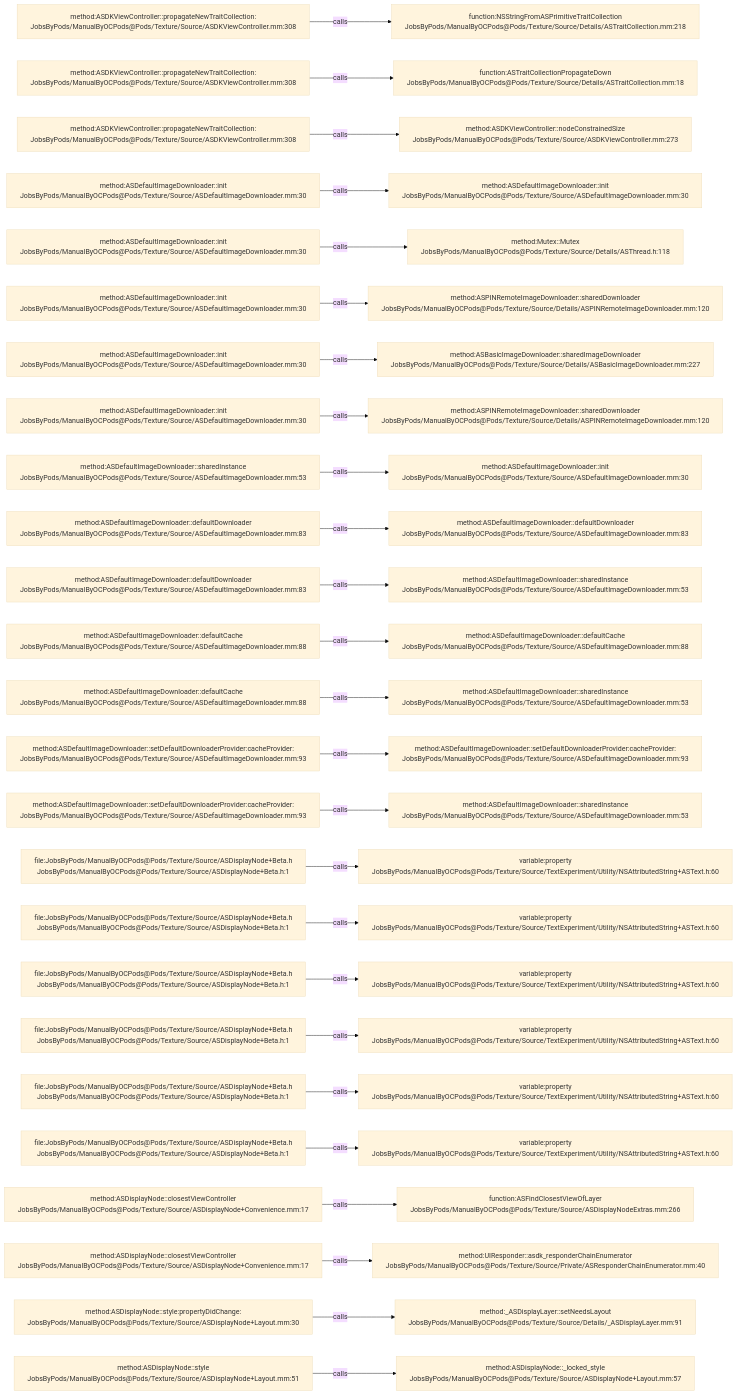
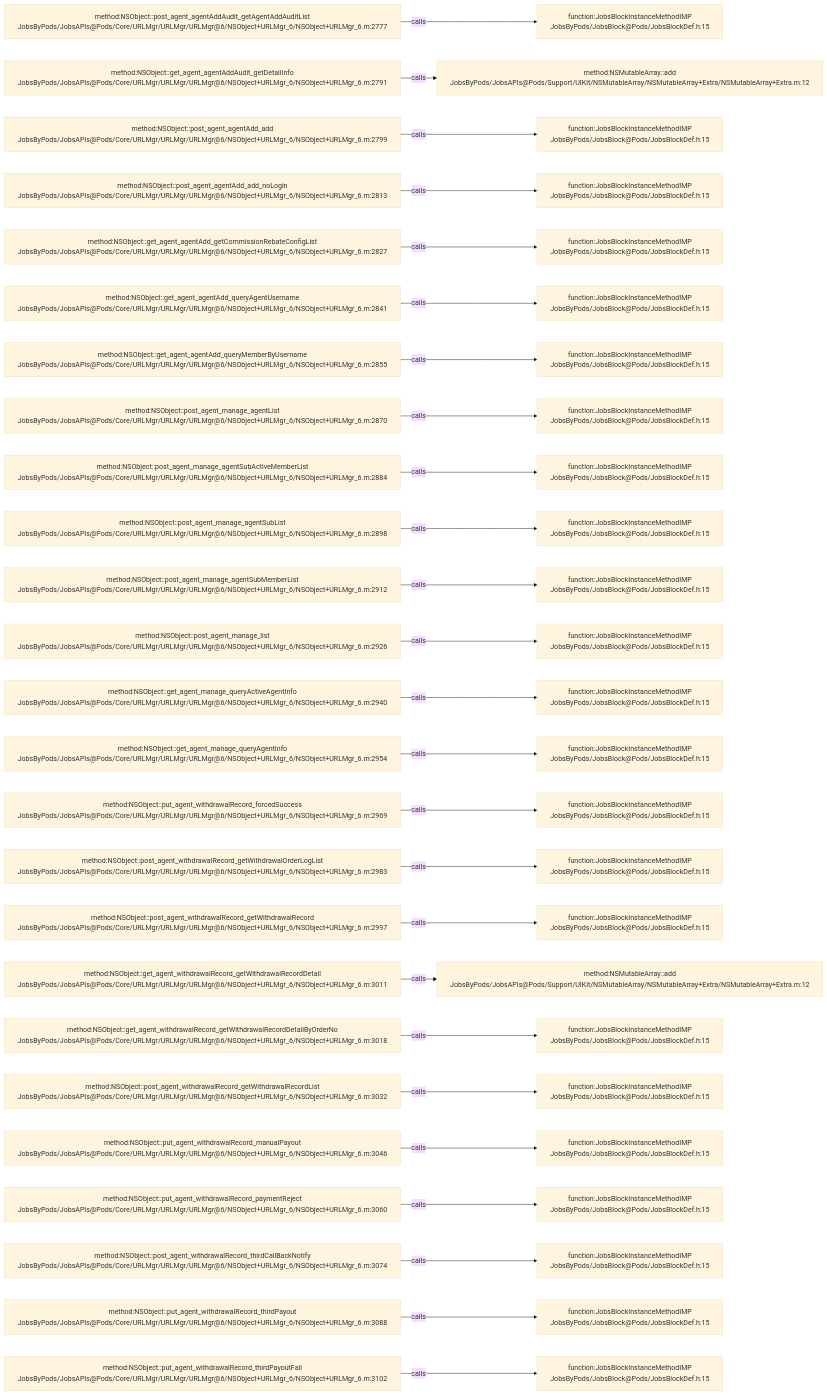
One commit to JobsKits/JobsOCBaseConfigDemo changed the diagram in .codegraph/codegraph.md/graphs/calls-075.md. Above: the diagram before and after it, drawn with Mermaid (base theme). The commit also changed 768 other files, not shown here.

````diff
--- a/.codegraph/codegraph.md/graphs/calls-075.md
+++ b/.codegraph/codegraph.md/graphs/calls-075.md
@@ -13,78 +13,78 @@
 ```mermaid
 flowchart LR
-  S1["method:ASDKViewController::propagateNewTraitCollection:<br/>JobsByPods/ManualByOCPods@Pods/Texture/Source/ASDKViewController.mm:308"]
-  T1["function:NSStringFromASPrimitiveTraitCollection<br/>JobsByPods/ManualByOCPods@Pods/Texture/Source/Details/ASTraitCollection.mm:218"]
+  S1["method:NSObject::post_agent_agentAddAudit_getAgentAddAuditList<br/>JobsByPods/JobsAPIs@Pods/Core/URLMgr/URLMgr/URLMgr@6/NSObject+URLMgr_6/NSObject+URLMgr_6.m:2777"]
+  T1["function:JobsBlockInstanceMethodIMP<br/>JobsByPods/JobsBlock@Pods/JobsBlockDef.h:15"]
   S1 -->|calls| T1
-  S2["method:ASDKViewController::propagateNewTraitCollection:<br/>JobsByPods/ManualByOCPods@Pods/Texture/Source/ASDKViewController.mm:308"]
-  T2["function:ASTraitCollectionPropagateDown<br/>JobsByPods/ManualByOCPods@Pods/Texture/Source/Details/ASTraitCollection.mm:18"]
+  S2["method:NSObject::get_agent_agentAddAudit_getDetailInfo<br/>JobsByPods/JobsAPIs@Pods/Core/URLMgr/URLMgr/URLMgr@6/NSObject+URLMgr_6/NSObject+URLMgr_6.m:2791"]
+  T2["method:NSMutableArray::add<br/>JobsByPods/JobsAPIs@Pods/Support/UIKit/NSMutableArray/NSMutableArray+Extra/NSMutableArray+Extra.m:12"]
   S2 -->|calls| T2
-  S3["method:ASDKViewController::propagateNewTraitCollection:<br/>JobsByPods/ManualByOCPods@Pods/Texture/Source/ASDKViewController.mm:308"]
-  T3["method:ASDKViewController::nodeConstrainedSize<br/>JobsByPods/ManualByOCPods@Pods/Texture/Source/ASDKViewController.mm:273"]
+  S3["method:NSObject::post_agent_agentAdd_add<br/>JobsByPods/JobsAPIs@Pods/Core/URLMgr/URLMgr/URLMgr@6/NSObject+URLMgr_6/NSObject+URLMgr_6.m:2799"]
+  T3["function:JobsBlockInstanceMethodIMP<br/>JobsByPods/JobsBlock@Pods/JobsBlockDef.h:15"]
   S3 -->|calls| T3
-  S4["method:ASDefaultImageDownloader::init<br/>JobsByPods/ManualByOCPods@Pods/Texture/Source/ASDefaultImageDownloader.mm:30"]
-  T4["method:ASDefaultImageDownloader::init<br/>JobsByPods/ManualByOCPods@Pods/Texture/Source/ASDefaultImageDownloader.mm:30"]
+  S4["method:NSObject::post_agent_agentAdd_add_noLogin<br/>JobsByPods/JobsAPIs@Pods/Core/URLMgr/URLMgr/URLMgr@6/NSObject+URLMgr_6/NSObject+URLMgr_6.m:2813"]
+  T4["function:JobsBlockInstanceMethodIMP<br/>JobsByPods/JobsBlock@Pods/JobsBlockDef.h:15"]
   S4 -->|calls| T4
-  S5["method:ASDefaultImageDownloader::init<br/>JobsByPods/ManualByOCPods@Pods/Texture/Source/ASDefaultImageDownloader.mm:30"]
-  T5["method:Mutex::Mutex<br/>JobsByPods/ManualByOCPods@Pods/Texture/Source/Details/ASThread.h:118"]
+  S5["method:NSObject::get_agent_agentAdd_getCommissionRebateConfigList<br/>JobsByPods/JobsAPIs@Pods/Core/URLMgr/URLMgr/URLMgr@6/NSObject+URLMgr_6/NSObject+URLMgr_6.m:2827"]
+  T5["function:JobsBlockInstanceMethodIMP<br/>JobsByPods/JobsBlock@Pods/JobsBlockDef.h:15"]
   S5 -->|calls| T5
-  S6["method:ASDefaultImageDownloader::init<br/>JobsByPods/ManualByOCPods@Pods/Texture/Source/ASDefaultImageDownloader.mm:30"]
-  T6["method:ASPINRemoteImageDownloader::sharedDownloader<br/>JobsByPods/ManualByOCPods@Pods/Texture/Source/Details/ASPINRemoteImageDownloader.mm:120"]
+  S6["method:NSObject::get_agent_agentAdd_queryAgentUsername<br/>JobsByPods/JobsAPIs@Pods/Core/URLMgr/URLMgr/URLMgr@6/NSObject+URLMgr_6/NSObject+URLMgr_6.m:2841"]
+  T6["function:JobsBlockInstanceMethodIMP<br/>JobsByPods/JobsBlock@Pods/JobsBlockDef.h:15"]
   S6 -->|calls| T6
-  S7["method:ASDefaultImageDownloader::init<br/>JobsByPods/ManualByOCPods@Pods/Texture/Source/ASDefaultImageDownloader.mm:30"]
-  T7["method:ASBasicImageDownloader::sharedImageDownloader<br/>JobsByPods/ManualByOCPods@Pods/Texture/Source/Details/ASBasicImageDownloader.mm:227"]
+  S7["method:NSObject::get_agent_agentAdd_queryMemberByUsername<br/>JobsByPods/JobsAPIs@Pods/Core/URLMgr/URLMgr/URLMgr@6/NSObject+URLMgr_6/NSObject+URLMgr_6.m:2855"]
+  T7["function:JobsBlockInstanceMethodIMP<br/>JobsByPods/JobsBlock@Pods/JobsBlockDef.h:15"]
   S7 -->|calls| T7
-  S8["method:ASDefaultImageDownloader::init<br/>JobsByPods/ManualByOCPods@Pods/Texture/Source/ASDefaultImageDownloader.mm:30"]
-  T8["method:ASPINRemoteImageDownloader::sharedDownloader<br/>JobsByPods/ManualByOCPods@Pods/Texture/Source/Details/ASPINRemoteImageDownloader.mm:120"]
+  S8["method:NSObject::post_agent_manage_agentList<br/>JobsByPods/JobsAPIs@Pods/Core/URLMgr/URLMgr/URLMgr@6/NSObject+URLMgr_6/NSObject+URLMgr_6.m:2870"]
+  T8["function:JobsBlockInstanceMethodIMP<br/>JobsByPods/JobsBlock@Pods/JobsBlockDef.h:15"]
   S8 -->|calls| T8
-  S9["method:ASDefaultImageDownloader::sharedInstance<br/>JobsByPods/ManualByOCPods@Pods/Texture/Source/ASDefaultImageDownloader.mm:53"]
-  T9["method:ASDefaultImageDownloader::init<br/>JobsByPods/ManualByOCPods@Pods/Texture/Source/ASDefaultImageDownloader.mm:30"]
+  S9["method:NSObject::post_agent_manage_agentSubActiveMemberList<br/>JobsByPods/JobsAPIs@Pods/Core/URLMgr/URLMgr/URLMgr@6/NSObject+URLMgr_6/NSObject+URLMgr_6.m:2884"]
+  T9["function:JobsBlockInstanceMethodIMP<br/>JobsByPods/JobsBlock@Pods/JobsBlockDef.h:15"]
   S9 -->|calls| T9
-  S10["method:ASDefaultImageDownloader::defaultDownloader<br/>JobsByPods/ManualByOCPods@Pods/Texture/Source/ASDefaultImageDownloader.mm:83"]
-  T10["method:ASDefaultImageDownloader::defaultDownloader<br/>JobsByPods/ManualByOCPods@Pods/Texture/Source/ASDefaultImageDownloader.mm:83"]
+  S10["method:NSObject::post_agent_manage_agentSubList<br/>JobsByPods/JobsAPIs@Pods/Core/URLMgr/URLMgr/URLMgr@6/NSObject+URLMgr_6/NSObject+URLMgr_6.m:2898"]
+  T10["function:JobsBlockInstanceMethodIMP<br/>JobsByPods/JobsBlock@Pods/JobsBlockDef.h:15"]
   S10 -->|calls| T10
-  S11["method:ASDefaultImageDownloader::defaultDownloader<br/>JobsByPods/ManualByOCPods@Pods/Texture/Source/ASDefaultImageDownloader.mm:83"]
-  T11["method:ASDefaultImageDownloader::sharedInstance<br/>JobsByPods/ManualByOCPods@Pods/Texture/Source/ASDefaultImageDownloader.mm:53"]
+  S11["method:NSObject::post_agent_manage_agentSubMemberList<br/>JobsByPods/JobsAPIs@Pods/Core/URLMgr/URLMgr/URLMgr@6/NSObject+URLMgr_6/NSObject+URLMgr_6.m:2912"]
+  T11["function:JobsBlockInstanceMethodIMP<br/>JobsByPods/JobsBlock@Pods/JobsBlockDef.h:15"]
   S11 -->|calls| T11
-  S12["method:ASDefaultImageDownloader::defaultCache<br/>JobsByPods/ManualByOCPods@Pods/Texture/Source/ASDefaultImageDownloader.mm:88"]
-  T12["method:ASDefaultImageDownloader::defaultCache<br/>JobsByPods/ManualByOCPods@Pods/Texture/Source/ASDefaultImageDownloader.mm:88"]
+  S12["method:NSObject::post_agent_manage_list<br/>JobsByPods/JobsAPIs@Pods/Core/URLMgr/URLMgr/URLMgr@6/NSObject+URLMgr_6/NSObject+URLMgr_6.m:2926"]
+  T12["function:JobsBlockInstanceMethodIMP<br/>JobsByPods/JobsBlock@Pods/JobsBlockDef.h:15"]
   S12 -->|calls| T12
-  S13["method:ASDefaultImageDownloader::defaultCache<br/>JobsByPods/ManualByOCPods@Pods/Texture/Source/ASDefaultImageDownloader.mm:88"]
-  T13["method:ASDefaultImageDownloader::sharedInstance<br/>JobsByPods/ManualByOCPods@Pods/Texture/Source/ASDefaultImageDownloader.mm:53"]
+  S13["method:NSObject::get_agent_manage_queryActiveAgentInfo<br/>JobsByPods/JobsAPIs@Pods/Core/URLMgr/URLMgr/URLMgr@6/NSObject+URLMgr_6/NSObject+URLMgr_6.m:2940"]
+  T13["function:JobsBlockInstanceMethodIMP<br/>JobsByPods/JobsBlock@Pods/JobsBlockDef.h:15"]
   S13 -->|calls| T13
-  S14["method:ASDefaultImageDownloader::setDefaultDownloaderProvider:cacheProvider:<br/>JobsByPods/ManualByOCPods@Pods/Texture/Source/ASDefaultImageDownloader.mm:93"]
-  T14["method:ASDefaultImageDownloader::setDefaultDownloaderProvider:cacheProvider:<br/>JobsByPods/ManualByOCPods@Pods/Texture/Source/ASDefaultImageDownloader.mm:93"]
+  S14["method:NSObject::get_agent_manage_queryAgentInfo<br/>JobsByPods/JobsAPIs@Pods/Core/URLMgr/URLMgr/URLMgr@6/NSObject+URLMgr_6/NSObject+URLMgr_6.m:2954"]
+  T14["function:JobsBlockInstanceMethodIMP<br/>JobsByPods/JobsBlock@Pods/JobsBlockDef.h:15"]
   S14 -->|calls| T14
-  S15["method:ASDefaultImageDownloader::setDefaultDownloaderProvider:cacheProvider:<br/>JobsByPods/ManualByOCPods@Pods/Texture/Source/ASDefaultImageDownloader.mm:93"]
-  T15["method:ASDefaultImageDownloader::sharedInstance<br/>JobsByPods/ManualByOCPods@Pods/Texture/Source/ASDefaultImageDownloader.mm:53"]
+  S15["method:NSObject::put_agent_withdrawalRecord_forcedSuccess<br/>JobsByPods/JobsAPIs@Pods/Core/URLMgr/URLMgr/URLMgr@6/NSObject+URLMgr_6/NSObject+URLMgr_6.m:2969"]
+  T15["function:JobsBlockInstanceMethodIMP<br/>JobsByPods/JobsBlock@Pods/JobsBlockDef.h:15"]
   S15 -->|calls| T15
-  S16["file:JobsByPods/ManualByOCPods@Pods/Texture/Source/ASDisplayNode+Beta.h<br/>JobsByPods/ManualByOCPods@Pods/Texture/Source/ASDisplayNode+Beta.h:1"]
-  T16["variable:property<br/>JobsByPods/ManualByOCPods@Pods/Texture/Source/TextExperiment/Utility/NSAttributedString+ASText.h:60"]
+  S16["method:NSObject::post_agent_withdrawalRecord_getWithdrawalOrderLogList<br/>JobsByPods/JobsAPIs@Pods/Core/URLMgr/URLMgr/URLMgr@6/NSObject+URLMgr_6/NSObject+URLMgr_6.m:2983"]
+  T16["function:JobsBlockInstanceMethodIMP<br/>JobsByPods/JobsBlock@Pods/JobsBlockDef.h:15"]
   S16 -->|calls| T16
-  S17["file:JobsByPods/ManualByOCPods@Pods/Texture/Source/ASDisplayNode+Beta.h<br/>JobsByPods/ManualByOCPods@Pods/Texture/Source/ASDisplayNode+Beta.h:1"]
-  T17["variable:property<br/>JobsByPods/ManualByOCPods@Pods/Texture/Source/TextExperiment/Utility/NSAttributedString+ASText.h:60"]
+  S17["method:NSObject::post_agent_withdrawalRecord_getWithdrawalRecord<br/>JobsByPods/JobsAPIs@Pods/Core/URLMgr/URLMgr/URLMgr@6/NSObject+URLMgr_6/NSObject+URLMgr_6.m:2997"]
+  T17["function:JobsBlockInstanceMethodIMP<br/>JobsByPods/JobsBlock@Pods/JobsBlockDef.h:15"]
   S17 -->|calls| T17
-  S18["file:JobsByPods/ManualByOCPods@Pods/Texture/Source/ASDisplayNode+Beta.h<br/>JobsByPods/ManualByOCPods@Pods/Texture/Source/ASDisplayNode+Beta.h:1"]
-  T18["variable:property<br/>JobsByPods/ManualByOCPods@Pods/Texture/Source/TextExperiment/Utility/NSAttributedString+ASText.h:60"]
+  S18["method:NSObject::get_agent_withdrawalRecord_getWithdrawalRecordDetail<br/>JobsByPods/JobsAPIs@Pods/Core/URLMgr/URLMgr/URLMgr@6/NSObject+URLMgr_6/NSObject+URLMgr_6.m:3011"]
+  T18["method:NSMutableArray::add<br/>JobsByPods/JobsAPIs@Pods/Support/UIKit/NSMutableArray/NSMutableArray+Extra/NSMutableArray+Extra.m:12"]
   S18 -->|calls| T18
-  S19["file:JobsByPods/ManualByOCPods@Pods/Texture/Source/ASDisplayNode+Beta.h<br/>JobsByPods/ManualByOCPods@Pods/Texture/Source/ASDisplayNode+Beta.h:1"]
-  T19["variable:property<br/>JobsByPods/ManualByOCPods@Pods/Texture/Source/TextExperiment/Utility/NSAttributedString+ASText.h:60"]
+  S19["method:NSObject::get_agent_withdrawalRecord_getWithdrawalRecordDetailByOrderNo<br/>JobsByPods/JobsAPIs@Pods/Core/URLMgr/URLMgr/URLMgr@6/NSObject+URLMgr_6/NSObject+URLMgr_6.m:3018"]
+  T19["function:JobsBlockInstanceMethodIMP<br/>JobsByPods/JobsBlock@Pods/JobsBlockDef.h:15"]
   S19 -->|calls| T19
-  S20["file:JobsByPods/ManualByOCPods@Pods/Texture/Source/ASDisplayNode+Beta.h<br/>JobsByPods/ManualByOCPods@Pods/Texture/Source/ASDisplayNode+Beta.h:1"]
-  T20["variable:property<br/>JobsByPods/ManualByOCPods@Pods/Texture/Source/TextExperiment/Utility/NSAttributedString+ASText.h:60"]
+  S20["method:NSObject::post_agent_withdrawalRecord_getWithdrawalRecordList<br/>JobsByPods/JobsAPIs@Pods/Core/URLMgr/URLMgr/URLMgr@6/NSObject+URLMgr_6/NSObject+URLMgr_6.m:3032"]
+  T20["function:JobsBlockInstanceMethodIMP<br/>JobsByPods/JobsBlock@Pods/JobsBlockDef.h:15"]
   S20 -->|calls| T20
-  S21["file:JobsByPods/ManualByOCPods@Pods/Texture/Source/ASDisplayNode+Beta.h<br/>JobsByPods/ManualByOCPods@Pods/Texture/Source/ASDisplayNode+Beta.h:1"]
-  T21["variable:property<br/>JobsByPods/ManualByOCPods@Pods/Texture/Source/TextExperiment/Utility/NSAttributedString+ASText.h:60"]
+  S21["method:NSObject::put_agent_withdrawalRecord_manualPayout<br/>JobsByPods/JobsAPIs@Pods/Core/URLMgr/URLMgr/URLMgr@6/NSObject+URLMgr_6/NSObject+URLMgr_6.m:3046"]
+  T21["function:JobsBlockInstanceMethodIMP<br/>JobsByPods/JobsBlock@Pods/JobsBlockDef.h:15"]
   S21 -->|calls| T21
-  S22["method:ASDisplayNode::closestViewController<br/>JobsByPods/ManualByOCPods@Pods/Texture/Source/ASDisplayNode+Convenience.mm:17"]
-  T22["function:ASFindClosestViewOfLayer<br/>JobsByPods/ManualByOCPods@Pods/Texture/Source/ASDisplayNodeExtras.mm:266"]
+  S22["method:NSObject::put_agent_withdrawalRecord_paymentReject<br/>JobsByPods/JobsAPIs@Pods/Core/URLMgr/URLMgr/URLMgr@6/NSObject+URLMgr_6/NSObject+URLMgr_6.m:3060"]
+  T22["function:JobsBlockInstanceMethodIMP<br/>JobsByPods/JobsBlock@Pods/JobsBlockDef.h:15"]
   S22 -->|calls| T22
-  S23["method:ASDisplayNode::closestViewController<br/>JobsByPods/ManualByOCPods@Pods/Texture/Source/ASDisplayNode+Convenience.mm:17"]
-  T23["method:UIResponder::asdk_responderChainEnumerator<br/>JobsByPods/ManualByOCPods@Pods/Texture/Source/Private/ASResponderChainEnumerator.mm:40"]
+  S23["method:NSObject::post_agent_withdrawalRecord_thirdCallBackNotify<br/>JobsByPods/JobsAPIs@Pods/Core/URLMgr/URLMgr/URLMgr@6/NSObject+URLMgr_6/NSObject+URLMgr_6.m:3074"]
+  T23["function:JobsBlockInstanceMethodIMP<br/>JobsByPods/JobsBlock@Pods/JobsBlockDef.h:15"]
   S23 -->|calls| T23
-  S24["method:ASDisplayNode::style:propertyDidChange:<br/>JobsByPods/ManualByOCPods@Pods/Texture/Source/ASDisplayNode+Layout.mm:30"]
-  T24["method:_ASDisplayLayer::setNeedsLayout<br/>JobsByPods/ManualByOCPods@Pods/Texture/Source/Details/_ASDisplayLayer.mm:91"]
+  S24["method:NSObject::put_agent_withdrawalRecord_thirdPayout<br/>JobsByPods/JobsAPIs@Pods/Core/URLMgr/URLMgr/URLMgr@6/NSObject+URLMgr_6/NSObject+URLMgr_6.m:3088"]
+  T24["function:JobsBlockInstanceMethodIMP<br/>JobsByPods/JobsBlock@Pods/JobsBlockDef.h:15"]
   S24 -->|calls| T24
-  S25["method:ASDisplayNode::style<br/>JobsByPods/ManualByOCPods@Pods/Texture/Source/ASDisplayNode+Layout.mm:51"]
-  T25["method:ASDisplayNode::_locked_style<br/>JobsByPods/ManualByOCPods@Pods/Texture/Source/ASDisplayNode+Layout.mm:57"]
+  S25["method:NSObject::put_agent_withdrawalRecord_thirdPayoutFail<br/>JobsByPods/JobsAPIs@Pods/Core/URLMgr/URLMgr/URLMgr@6/NSObject+URLMgr_6/NSObject+URLMgr_6.m:3102"]
+  T25["function:JobsBlockInstanceMethodIMP<br/>JobsByPods/JobsBlock@Pods/JobsBlockDef.h:15"]
   S25 -->|calls| T25
 ```
````
